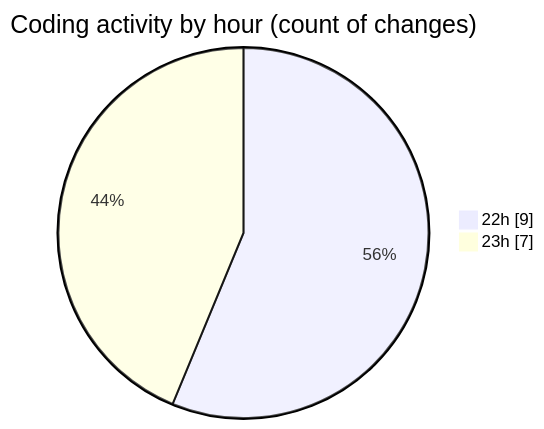
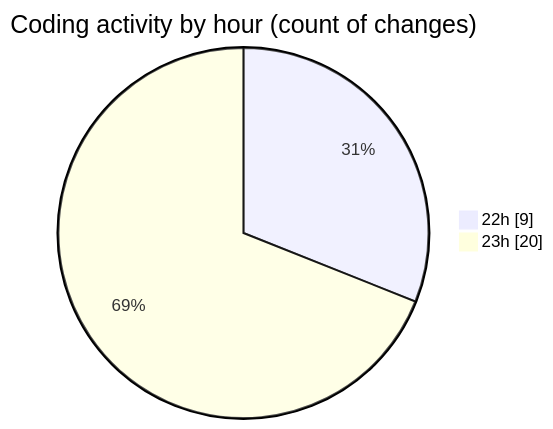
One commit to becaeroporto-bot/code-tracking changed the second of 2 diagrams in 2026-02-16/chatbot-ui-main/README.md. Above: the diagram before and after it, drawn with Mermaid. The commit also changed other lines of this file and 1 other file, not shown here.

````diff
--- a/2026-02-16/chatbot-ui-main/README.md
+++ b/2026-02-16/chatbot-ui-main/README.md
@@ -33,6 +35,6 @@
 ```mermaid
 pie showData
 title Coding activity by hour (count of changes)
 "22h" : 9
-"23h" : 7
+"23h" : 20
 ```
````
